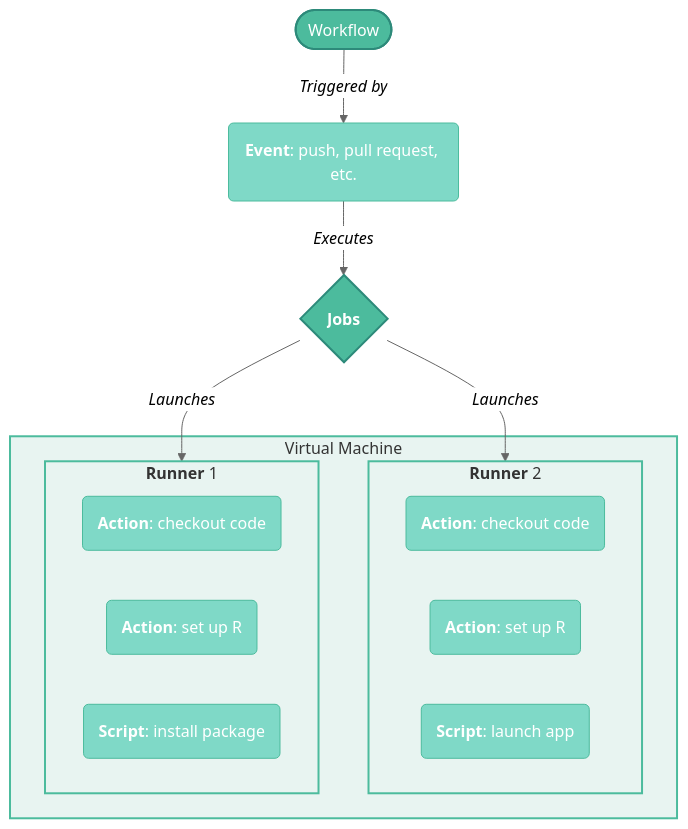
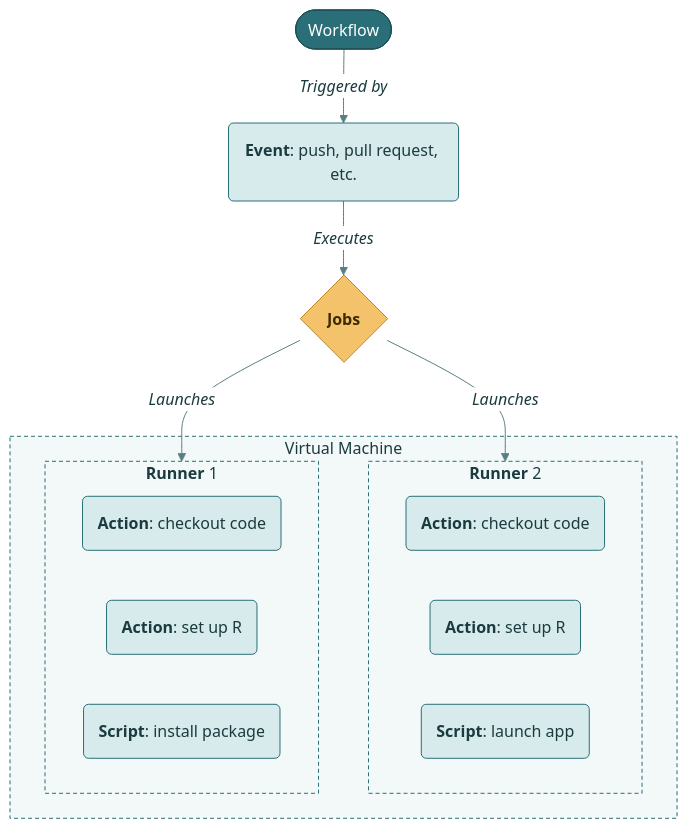
Before and after one commit to mjfrigaard/shiny-app-pkgs: the fourth of 8 diagrams in gha.qmd, drawn with Mermaid. The commit also changed other lines of this file and 22 other files, not shown here.

First line of the commit message:
Standardize mermaid diagrams on the site teal palette

````diff
--- a/gha.qmd
+++ b/gha.qmd
@@ -284,36 +295,34 @@
 ```{mermaid}
 %%| fig-align: center
-%%{init: {'theme': 'neutral', 'themeVariables': { 'fontFamily': 'monospace', "fontSize":"16px"}}}%%
+%%{init: {'theme': 'base', 'themeVariables': { 'fontFamily': 'monospace', "fontSize":"16px", "primaryColor":"#D7EBEC", "primaryTextColor":"#1B3B3F", "primaryBorderColor":"#2A6F77", "lineColor":"#5A7F83", "edgeLabelBackground":"#FFFFFF", "clusterBkg":"#F3F8F8", "clusterBorder":"#2A6F77", "darkMode":false}}}%%
 
 flowchart
   workflow(["Workflow"]) -->|"<em>Triggered by<em>"| event("<strong>Event</strong>: push, pull request, etc.")
 
   subgraph VM["Virtual Machine"]
     subgraph runner02["<strong>Runner</strong> 2"]
         action02a("<strong>Action</strong>: checkout code")
         action02b("<strong>Action</strong>: set up R")
         step02a("<strong>Script</strong>: launch app")
     end
     subgraph runner01["<strong>Runner</strong> 1"]
         action01a("<strong>Action</strong>: checkout code")
         action01b("<strong>Action</strong>: set up R")
         step01a("<strong>Script</strong>: install package")
     end
   end
 
   event --> |"<em>Executes</em>"| Jobs{"<strong>Jobs</strong>"}
   Jobs --> |"<em>Launches</em>"|runner01 & runner02
 
-  style workflow fill:#4CBB9D,color:#fff,stroke:#2d8a7a,stroke-width:2px
-  style event fill:#7fd9c7,color:#fff,stroke:#4CBB9D,stroke-width:1px
-  style Jobs fill:#4CBB9D,color:#fff,stroke:#2d8a7a,stroke-width:2px
-  style VM fill:#e8f4f1,stroke:#4CBB9D,stroke-width:2px
-  style runner01 fill:#e8f4f1,stroke:#4CBB9D,stroke-width:2px
-  style runner02 fill:#e8f4f1,stroke:#4CBB9D,stroke-width:2px
-  style action01a fill:#7fd9c7,color:#fff,stroke:#4CBB9D,stroke-width:1px
-  style action01b fill:#7fd9c7,color:#fff,stroke:#4CBB9D,stroke-width:1px
-  style action02a fill:#7fd9c7,color:#fff,stroke:#4CBB9D,stroke-width:1px
-  style action02b fill:#7fd9c7,color:#fff,stroke:#4CBB9D,stroke-width:1px
-  style step01a fill:#7fd9c7,color:#fff,stroke:#4CBB9D,stroke-width:1px
-  style step02a fill:#7fd9c7,color:#fff,stroke:#4CBB9D,stroke-width:1px
+    classDef term fill:#2A6F77,color:#FFFFFF,stroke:#1B4F55,stroke-width:1px
+    classDef step fill:#D7EBEC,color:#1B3B3F,stroke:#2A6F77,stroke-width:1px
+    classDef decision fill:#F4C26B,color:#3D2A00,stroke:#B7832B,stroke-width:1px
+    classDef io fill:#FFFFFF,color:#1B3B3F,stroke:#2A6F77,stroke-width:1px
+    class workflow term
+    class event,action02a,action02b,step02a,action01a,action01b,step01a step
+    class Jobs decision
+    style VM fill:#F3F8F8,color:#1B3B3F,stroke:#2A6F77,stroke-width:1px,stroke-dasharray:4 3
+    style runner02 fill:#F3F8F8,color:#1B3B3F,stroke:#2A6F77,stroke-width:1px,stroke-dasharray:4 3
+    style runner01 fill:#F3F8F8,color:#1B3B3F,stroke:#2A6F77,stroke-width:1px,stroke-dasharray:4 3
 ```
````
